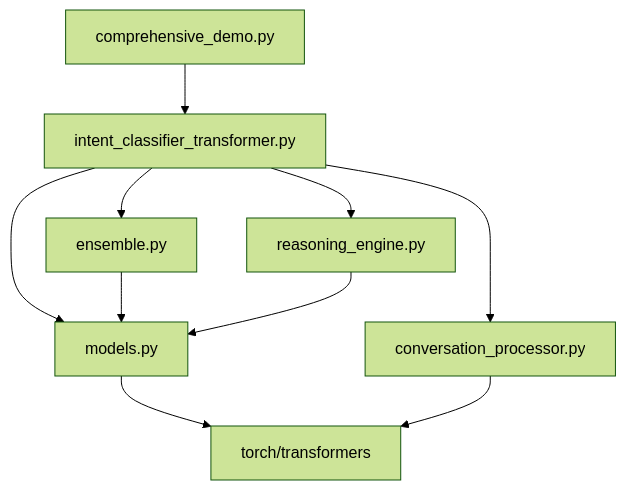
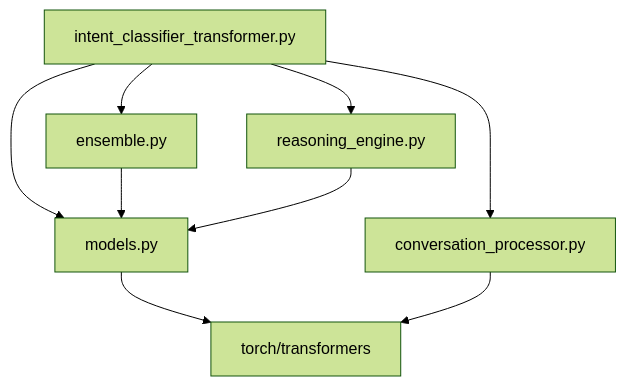
Before and after one commit to rk-vashista/Intent-Classifer: the diagram in README.md, drawn with Mermaid (forest theme).

````diff
--- a/README.md
+++ b/README.md
@@ -686,12 +686,11 @@
 ```mermaid
 graph TD
     A[intent_classifier_transformer.py] --> B[models.py]
     A --> C[conversation_processor.py]
     A --> D[ensemble.py]
     A --> E[reasoning_engine.py]
     B --> F[torch/transformers]
     C --> F
     D --> B
     E --> B
-    H[comprehensive_demo.py] --> A
 ```
````
